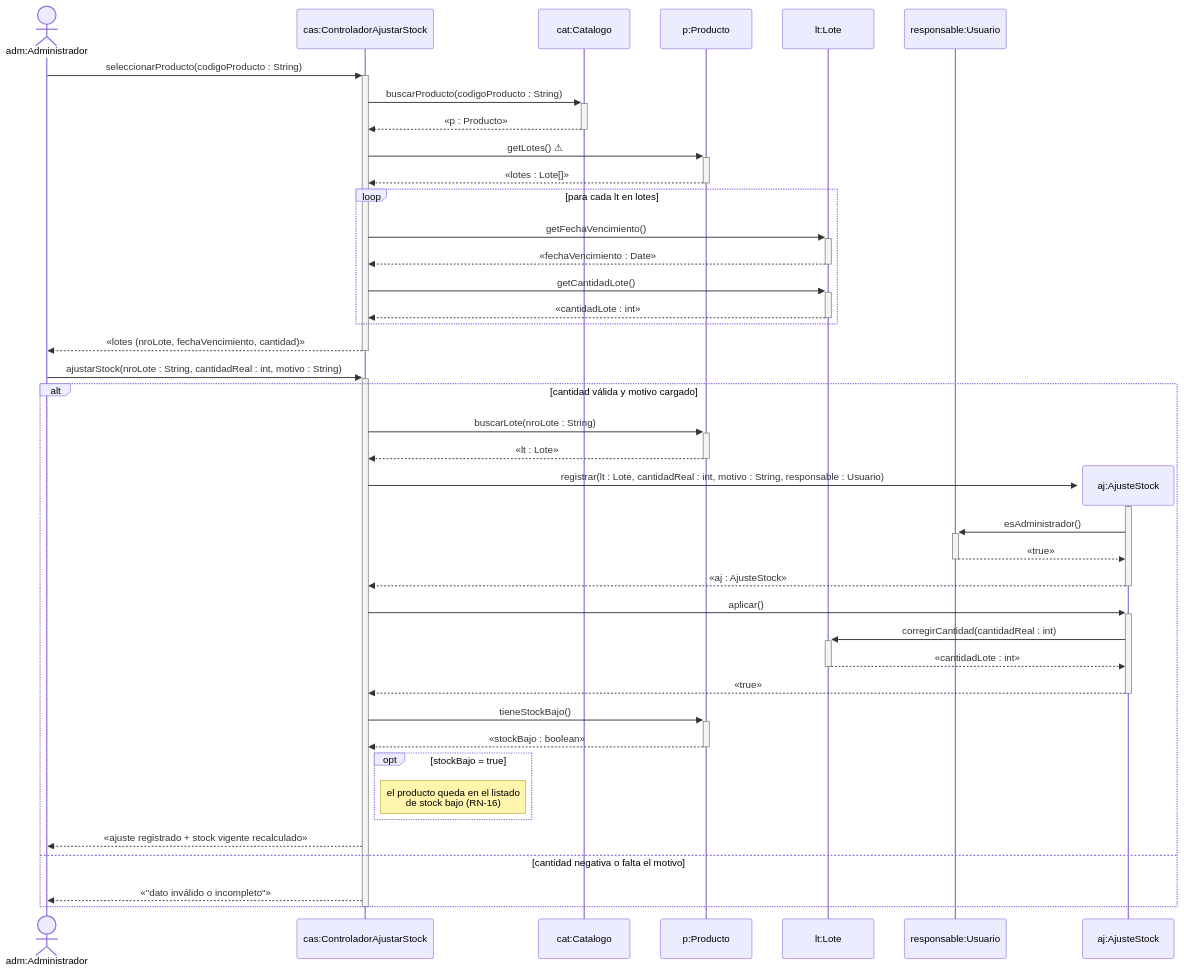
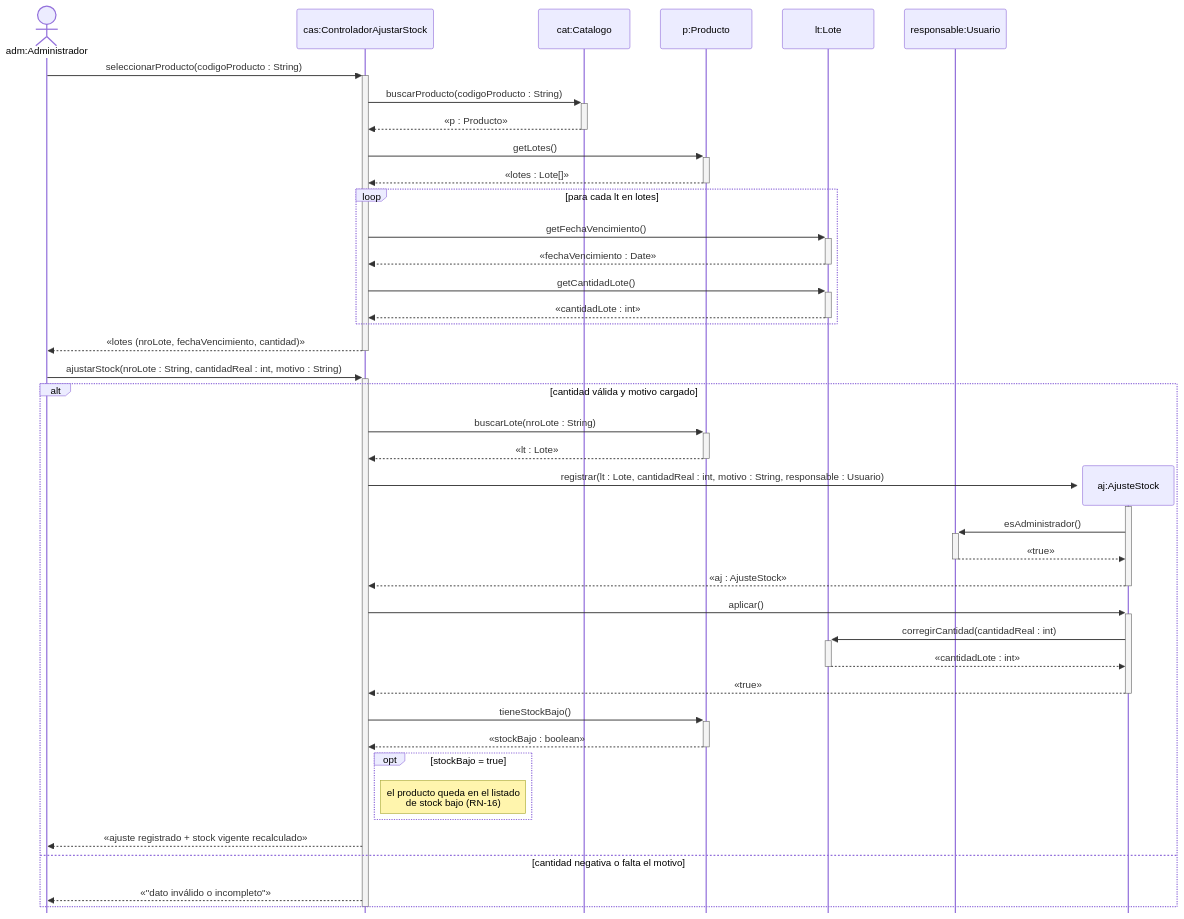
Before and after one commit to cirotop/Stock-Project: the ninth of 12 diagrams in 08-Diagrama De Secuencia/Diagramas_de_Secuencia.md, drawn with Mermaid. The commit also changed other lines of this file and 2 other files, not shown here.

````diff
--- a/08-Diagrama De Secuencia/Diagramas_de_Secuencia.md
+++ b/08-Diagrama De Secuencia/Diagramas_de_Secuencia.md
@@ -279,46 +286,47 @@
 ```mermaid
+%%{init: {"sequence": {"mirrorActors": false}, "themeCSS": ".loopLine { stroke-dasharray: none !important; stroke-width: 1.5px !important; }"}}%%
 sequenceDiagram
     actor adm as adm:Administrador
     participant cas as cas:ControladorAjustarStock
     participant cat as cat:Catalogo
     participant p as p:Producto
     participant lt as lt:Lote
     participant resp as responsable:Usuario
 
     adm->>+cas: seleccionarProducto(codigoProducto : String)
     cas->>+cat: buscarProducto(codigoProducto : String)
     cat-->>-cas: «p : Producto»
-    cas->>+p: getLotes() ⚠
+    cas->>+p: getLotes()
     p-->>-cas: «lotes : Lote[]»
     loop para cada lt en lotes
         cas->>+lt: getFechaVencimiento()
         lt-->>-cas: «fechaVencimiento : Date»
         cas->>+lt: getCantidadLote()
         lt-->>-cas: «cantidadLote : int»
     end
     cas-->>-adm: «lotes (nroLote, fechaVencimiento, cantidad)»
 
     adm->>+cas: ajustarStock(nroLote : String, cantidadReal : int, motivo : String)
     alt cantidad válida y motivo cargado
         cas->>+p: buscarLote(nroLote : String)
         p-->>-cas: «lt : Lote»
         create participant aj as aj:AjusteStock
         cas->>+aj: registrar(lt : Lote, cantidadReal : int, motivo : String, responsable : Usuario)
         aj->>+resp: esAdministrador()
         resp-->>-aj: «true»
         aj-->>-cas: «aj : AjusteStock»
         cas->>+aj: aplicar()
         aj->>+lt: corregirCantidad(cantidadReal : int)
         lt-->>-aj: «cantidadLote : int»
         aj-->>-cas: «true»
         cas->>+p: tieneStockBajo()
         p-->>-cas: «stockBajo : boolean»
         opt stockBajo = true
             Note right of cas: el producto queda en el listado<br/>de stock bajo (RN-16)
         end
         cas-->>adm: «ajuste registrado + stock vigente recalculado»
     else cantidad negativa o falta el motivo
         cas-->>adm: «"dato inválido o incompleto"»
     end
     deactivate cas
 ```
````
